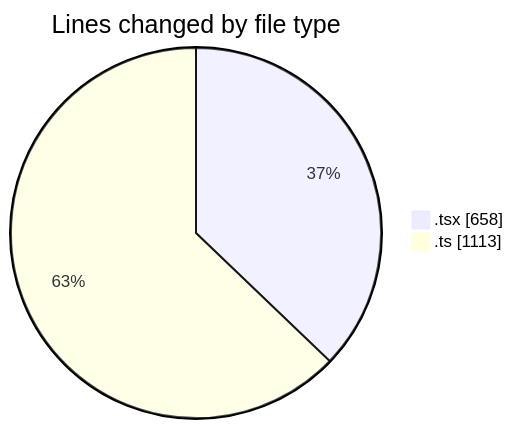
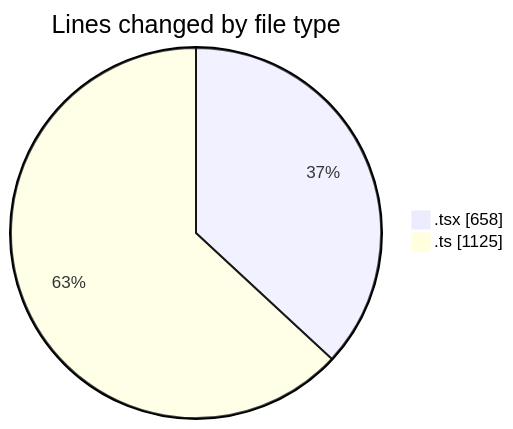
The first of 2 diagrams in 2025-09-22/cda/README.md (momahboobian/code-tracking), drawn with Mermaid before and after one commit. The commit also changed other lines of this file and 1 other file, not shown here.

````diff
--- a/2025-09-22/cda/README.md
+++ b/2025-09-22/cda/README.md
@@ -23,6 +23,6 @@
 ```mermaid
 pie showData
 title Lines changed by file type
 ".tsx" : 658
-".ts" : 1113
+".ts" : 1125
 ```
````
